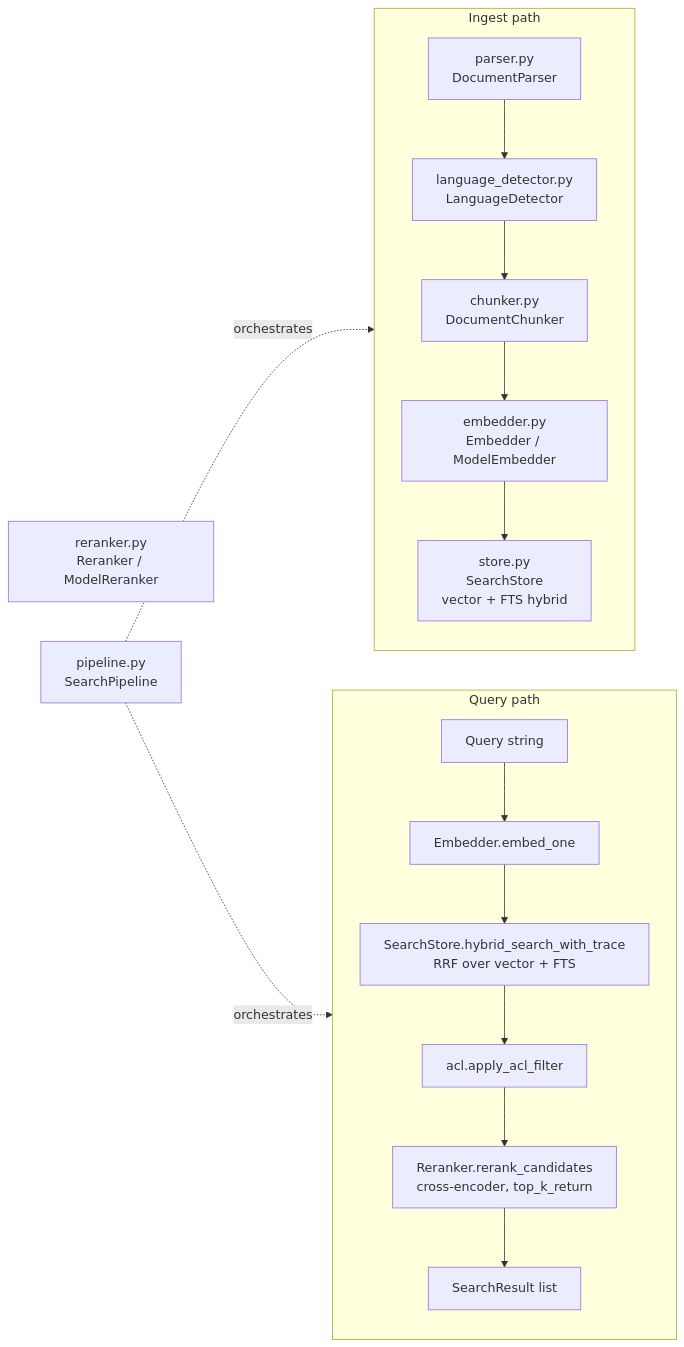
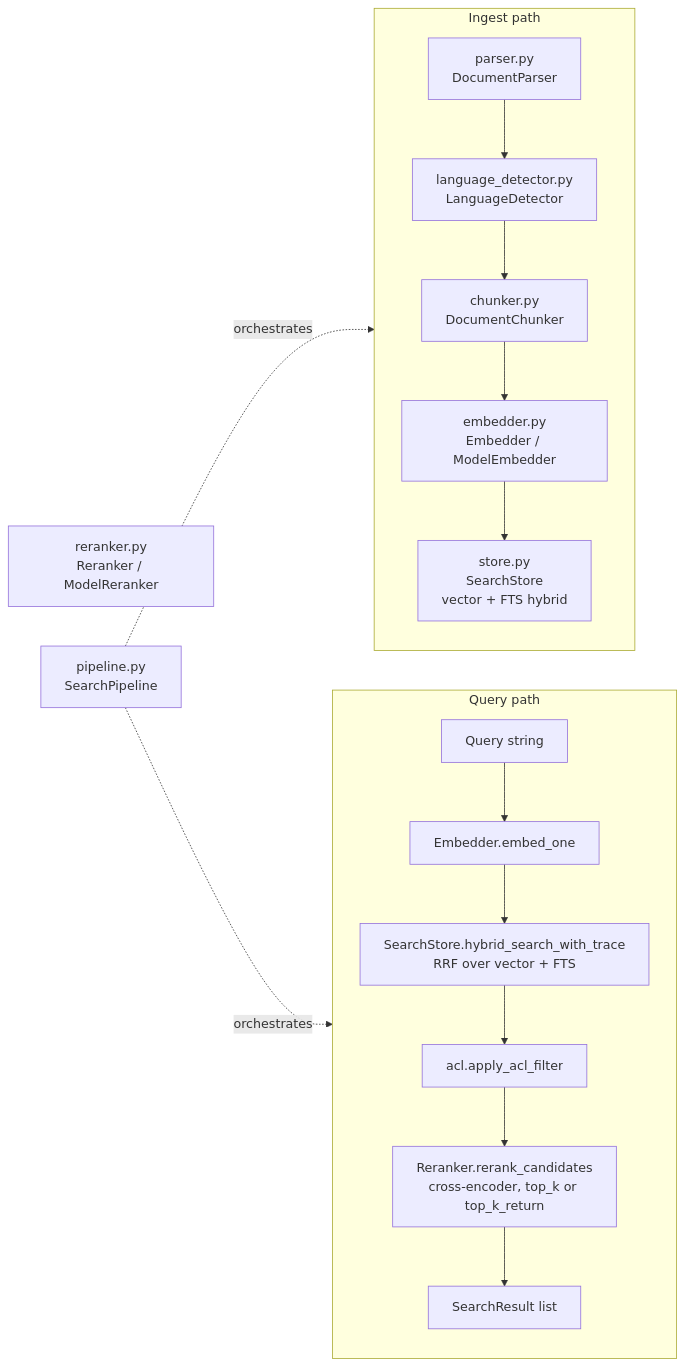
Before and after one commit to user538295/archon-search: the third of 3 diagrams in Documentation/Architecture/100_system_architecture_overview.md, drawn with Mermaid. The commit also changed other lines of this file and 50 other files, not shown here.

````diff
--- a/Documentation/Architecture/100_system_architecture_overview.md
+++ b/Documentation/Architecture/100_system_architecture_overview.md
@@ -89,27 +89,27 @@
 ```mermaid
 flowchart LR
     Q[Query string]
     P[parser.py<br/>DocumentParser]
     C[chunker.py<br/>DocumentChunker]
     E[embedder.py<br/>Embedder / ModelEmbedder]
     S[store.py<br/>SearchStore<br/>vector + FTS hybrid]
     R[reranker.py<br/>Reranker / ModelReranker]
     PL[pipeline.py<br/>SearchPipeline]
 
     LD[language_detector.py<br/>LanguageDetector]
 
     subgraph ingest[Ingest path]
       P --> LD --> C --> E --> S
     end
 
     subgraph query[Query path]
       Q --> E2[Embedder.embed_one]
       E2 --> SH[SearchStore.hybrid_search_with_trace<br/>RRF over vector + FTS]
       SH --> ACL[acl.apply_acl_filter]
-      ACL --> R2[Reranker.rerank_candidates<br/>cross-encoder, top_k_return]
+      ACL --> R2[Reranker.rerank_candidates<br/>cross-encoder, top_k or top_k_return]
       R2 --> OUT[SearchResult list]
     end
 
     PL -.orchestrates.-> ingest
     PL -.orchestrates.-> query
 ```
````
